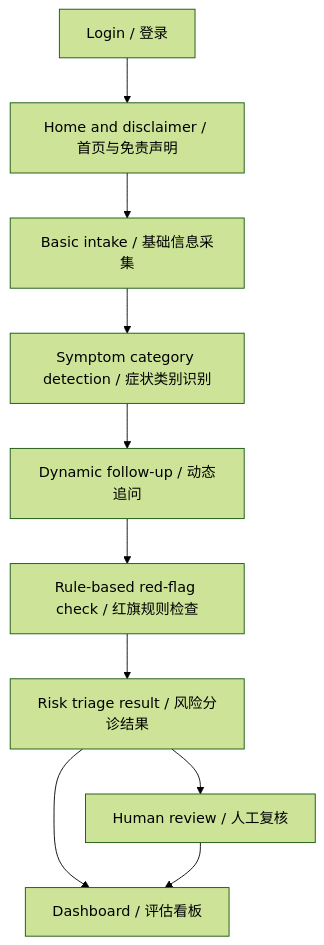
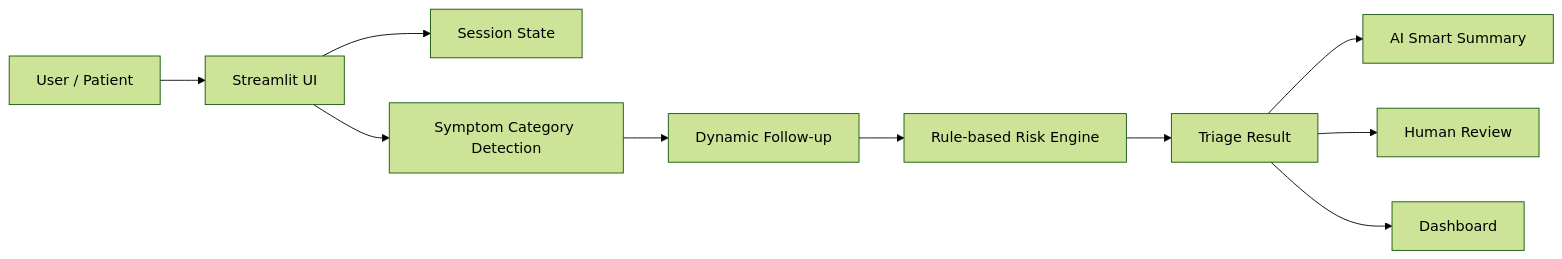
Before and after one commit to Chengwen/medguide-ai: the diagram in REPORT.md, drawn with Mermaid (forest theme). The commit also changed other lines of this file, not shown here.

````diff
--- a/REPORT.md
+++ b/REPORT.md
@@ -150,12 +130,12 @@
 ```mermaid
-flowchart TD
-    A["Login / 登录"] --> B["Home and disclaimer / 首页与免责声明"]
-    B --> C["Basic intake / 基础信息采集"]
-    C --> D["Symptom category detection / 症状类别识别"]
-    D --> E["Dynamic follow-up / 动态追问"]
-    E --> F["Rule-based red-flag check / 红旗规则检查"]
-    F --> G["Risk triage result / 风险分诊结果"]
-    G --> H["Human review / 人工复核"]
-    G --> I["Dashboard / 评估看板"]
-    H --> I
+flowchart LR
+    A["User / Patient"] --> B["Streamlit UI"]
+    B --> C["Session State"]
+    B --> D["Symptom Category Detection"]
+    D --> E["Dynamic Follow-up"]
+    E --> F["Rule-based Risk Engine"]
+    F --> G["Triage Result"]
+    G --> H["AI Smart Summary"]
+    G --> I["Human Review"]
+    G --> J["Dashboard"]
 ```
````
